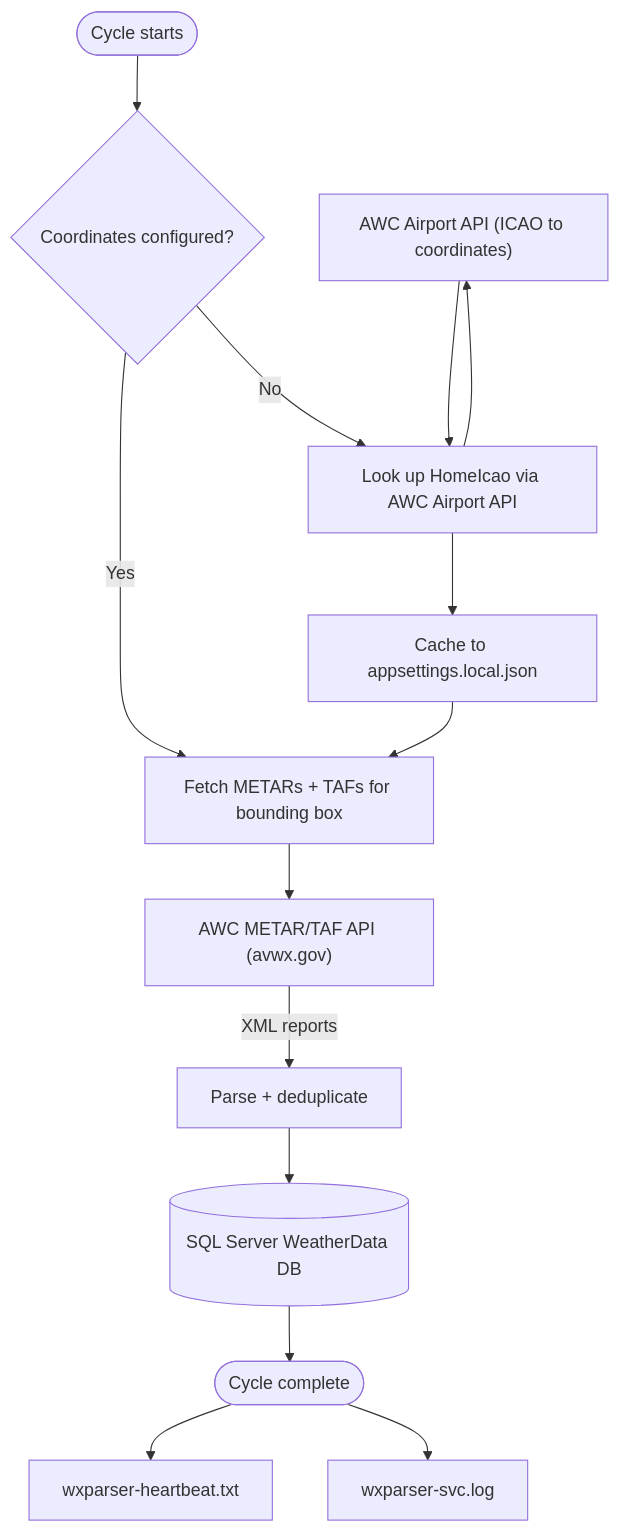
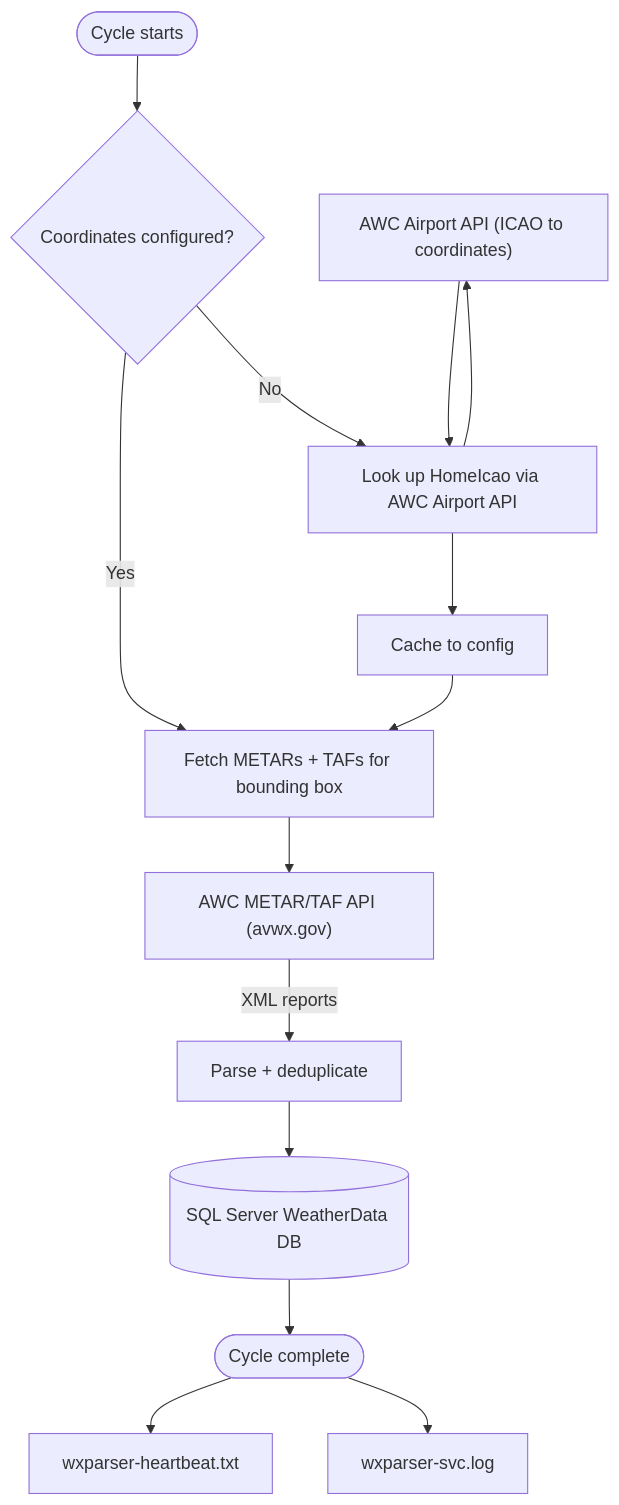
One commit to PaulHarder2/HarderWare changed the second of 8 diagrams in WxServices/DESIGN.md. Above: the diagram before and after it, drawn with Mermaid. The commit also changed other lines of this file and 30 other files, not shown here.

````diff
--- a/WxServices/DESIGN.md
+++ b/WxServices/DESIGN.md
@@ -114,24 +114,24 @@
 ```mermaid
 flowchart TD
     AWC["AWC METAR/TAF API (avwx.gov)"]
     AWC2["AWC Airport API (ICAO to coordinates)"]
     DB[("SQL Server WeatherData DB")]
     PLOG["wxparser-svc.log"]
     PHB["wxparser-heartbeat.txt"]
 
     START([Cycle starts]) --> COORDS{Coordinates configured?}
     COORDS -->|Yes| FETCH
     COORDS -->|No| LOOKUP["Look up HomeIcao via AWC Airport API"]
-    LOOKUP --> SAVE["Cache to appsettings.local.json"]
+    LOOKUP --> SAVE["Cache to config"]
     SAVE --> FETCH
 
     FETCH["Fetch METARs + TAFs for bounding box"] --> AWC
     AWC -->|XML reports| PARSE["Parse + deduplicate"]
     PARSE --> DB
     DB --> DONE([Cycle complete])
     DONE --> PHB
     DONE --> PLOG
 
     LOOKUP --> AWC2
     AWC2 --> LOOKUP
 ```
````
